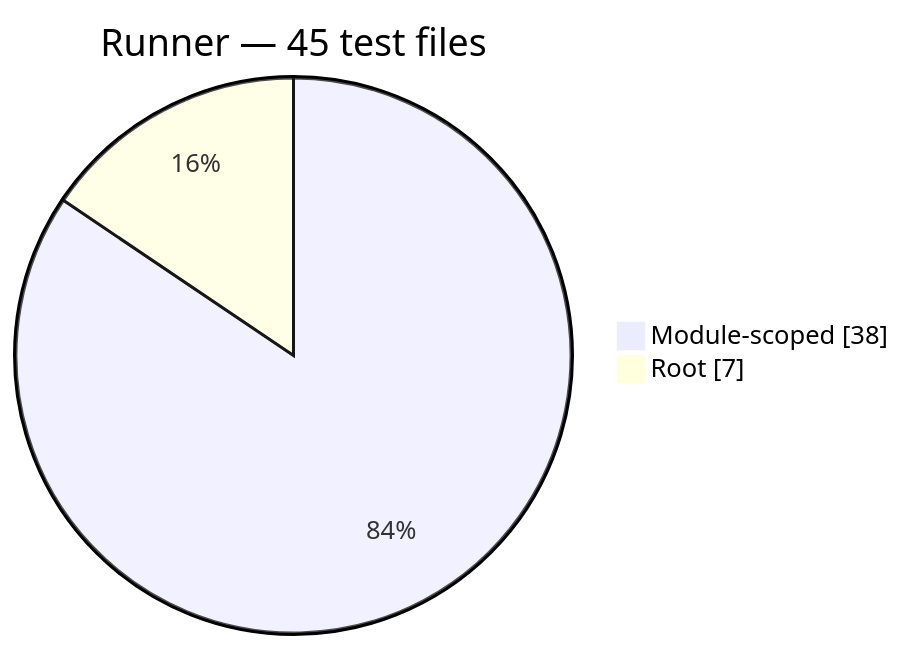
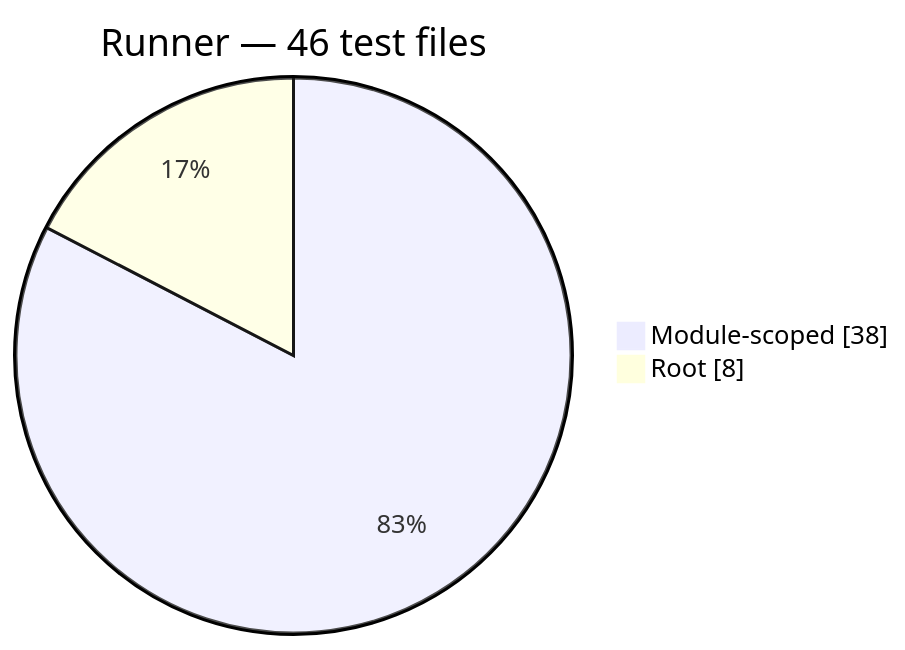
The ninth of 12 diagrams in docs/generated/test-composition.md (Mohammed-Alama/php-arazzo), drawn with Mermaid before and after one commit. The commit also changed other lines of this file and 40 other files, not shown here.

````diff
--- a/docs/generated/test-composition.md
+++ b/docs/generated/test-composition.md
@@ -120,6 +120,6 @@
 ```mermaid
 pie showData
-    title Runner — 45 test files
+    title Runner — 46 test files
     "Module-scoped": 38
-    "Root": 7
+    "Root": 8
 ```
````
